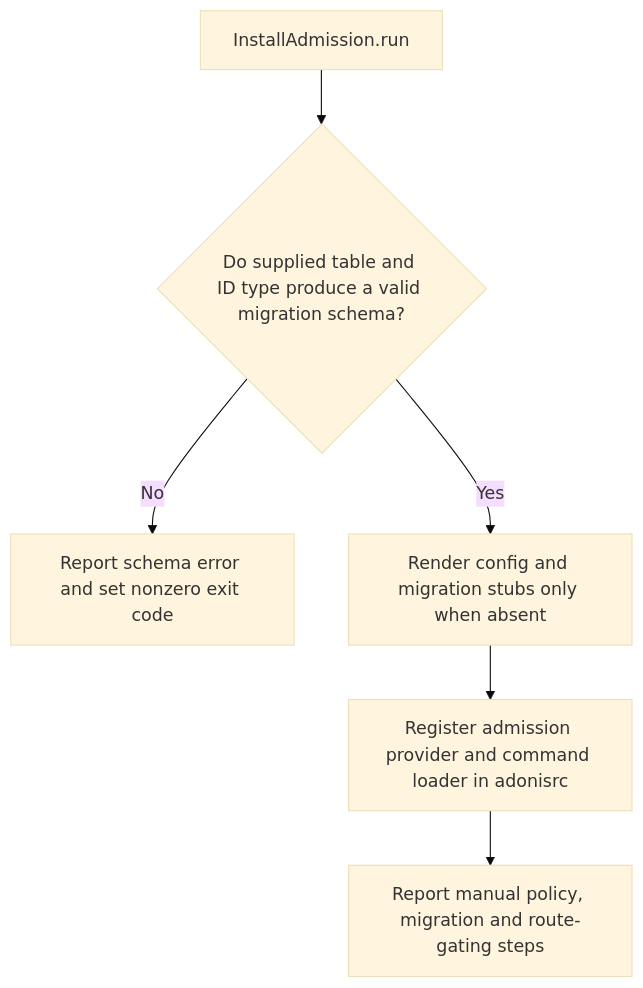
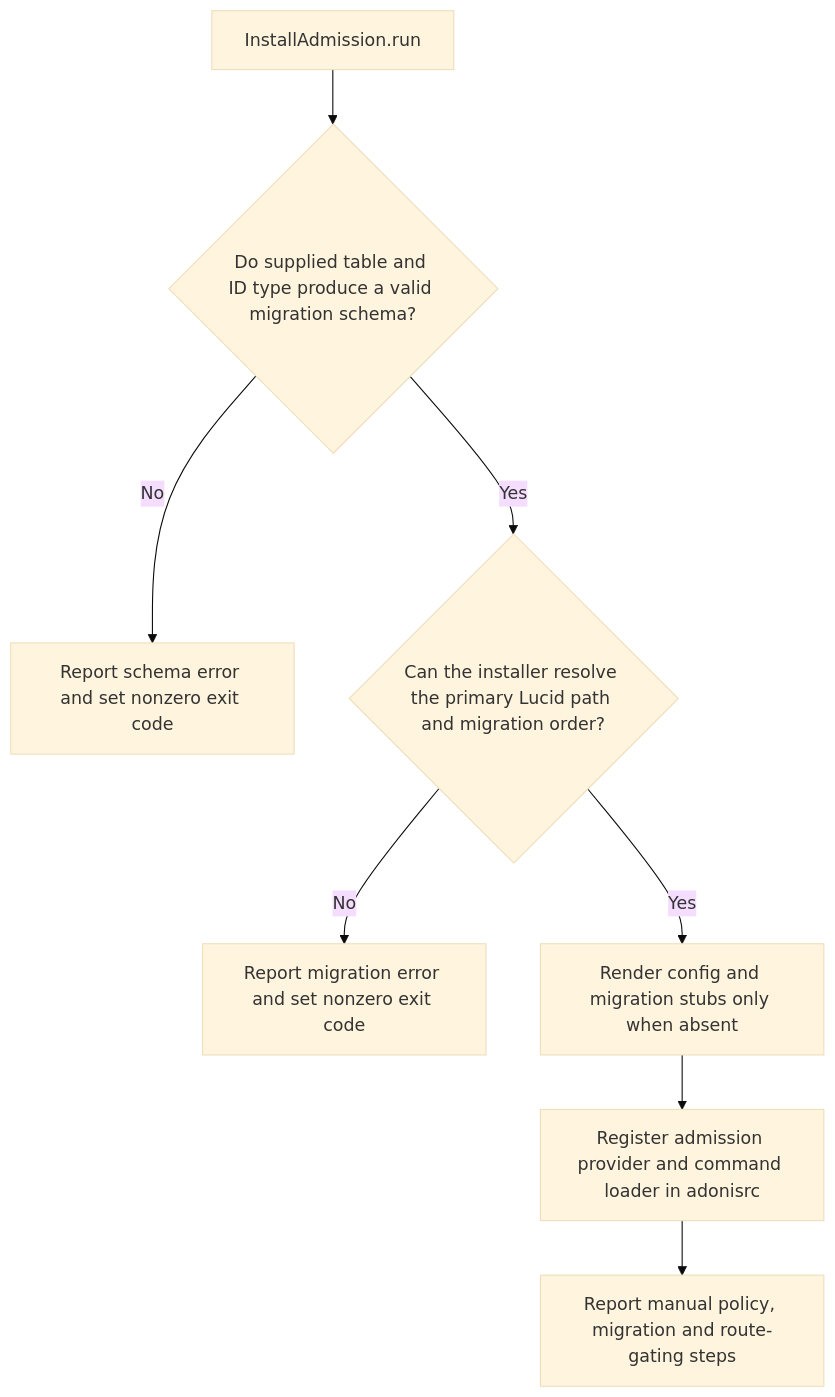
Before and after one commit to Kevinjohn/oss-adonisjs-account-kit: the second of 2 diagrams in user-stories/US-ACCOUNT-28-install-admission.md, drawn with Mermaid (base theme). The commit also changed other lines of this file and 15 other files, not shown here.

````diff
--- a/user-stories/US-ACCOUNT-28-install-admission.md
+++ b/user-stories/US-ACCOUNT-28-install-admission.md
@@ -32,8 +32,10 @@
 ```mermaid
 flowchart TD
  A["InstallAdmission.run"] --> B{"Do supplied table and ID type produce a valid migration schema?"}
  B -->|No| C["Report schema error and set nonzero exit code"]
- B -->|Yes| D["Render config and migration stubs only when absent"]
+ B -->|Yes| M{"Can the installer resolve the primary Lucid path and migration order?"}
+ M -->|No| N["Report migration error and set nonzero exit code"]
+ M -->|Yes| D["Render config and migration stubs only when absent"]
  D --> E["Register admission provider and command loader in adonisrc"]
  E --> F["Report manual policy, migration and route-gating steps"]
 ```
````
